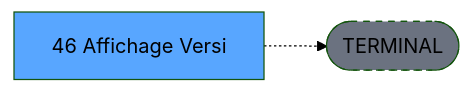
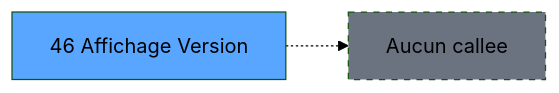
One commit to thonyAGP/magic-migration changed the third of 3 diagrams in .openspec/specs/ADH-IDE-46.md. Above: the diagram before and after it, drawn with Mermaid (forest theme). The commit also changed other lines of this file and 311 other files, not shown here.

````diff
--- a/.openspec/specs/ADH-IDE-46.md
+++ b/.openspec/specs/ADH-IDE-46.md
@@ -138,8 +141,8 @@
 ```mermaid
 graph LR
-    T[46 Affichage Versi]
-    TERM([TERMINAL])
-    T -.-> TERM
-    style TERM fill:#6b7280,stroke-dasharray: 5 5
-    style T fill:#58a6ff,color:#000
+    T46[46 Affichage Version]
+    style T46 fill:#58a6ff
+    NONE[Aucun callee]
+    T46 -.-> NONE
+    style NONE fill:#6b7280,stroke-dasharray: 5 5
 ```
````
